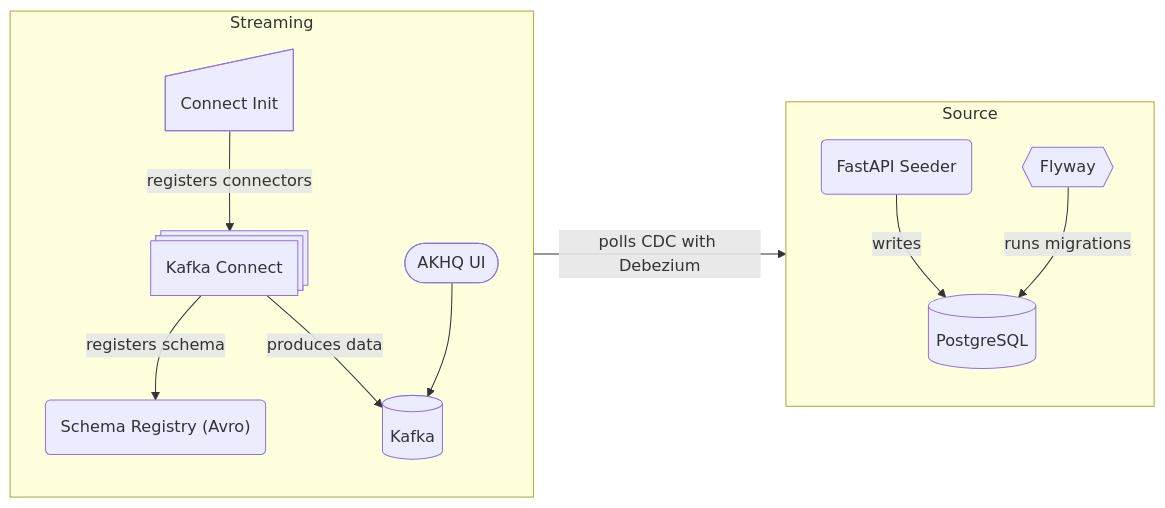
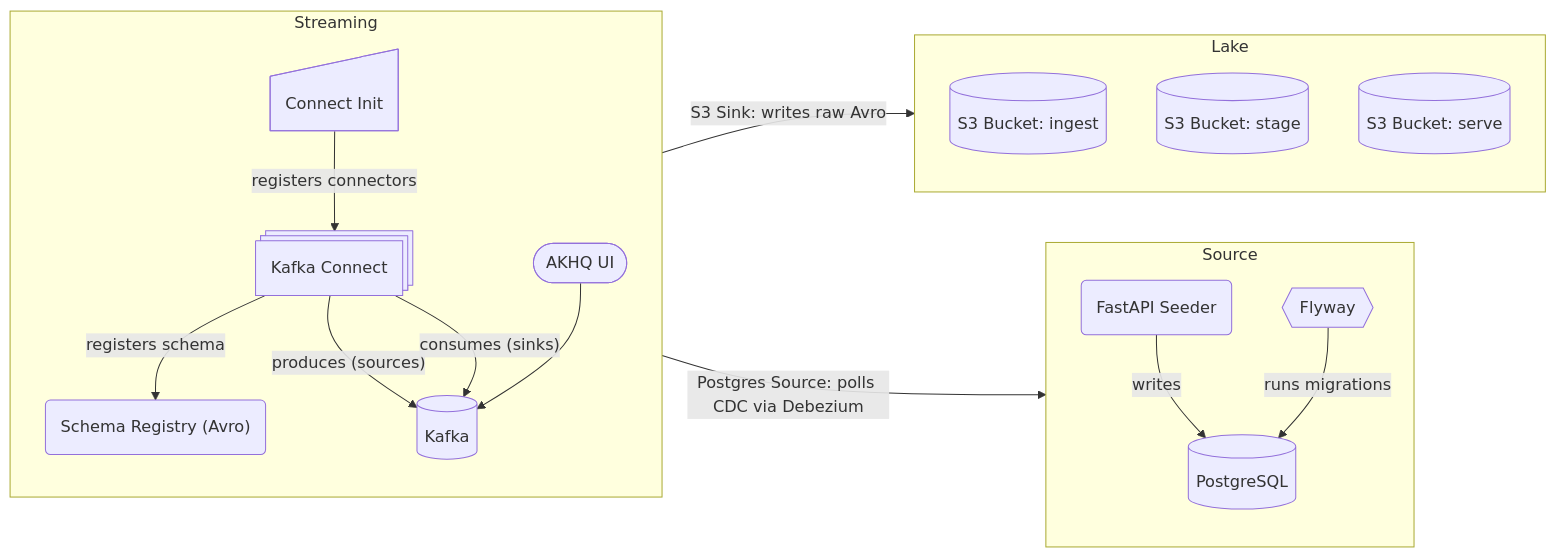
The diagram in README.MD (jxhnx/haus-am-see), drawn with Mermaid before and after one commit. The commit also changed other lines of this file, not shown here.

Commit message:
docs: add minio lake

````diff
--- a/README.MD
+++ b/README.MD
@@ -25,31 +29,41 @@
 ```mermaid
 flowchart LR
     %% Source zone
     subgraph Source
         direction TB
         Seeder@{ shape: rounded, label: "FastAPI Seeder" }
         Flyway@{ shape: hex, label: "Flyway" }
         Postgres@{ shape: cyl, label: "PostgreSQL" }
 
         Seeder -- "writes" --> Postgres
         Flyway -- "runs migrations" --> Postgres
     end
 
     %% Streaming zone
     subgraph Streaming
         direction TB
         Connect@{ shape: procs, label: "Kafka Connect" }
         SchemaRegistry@{ shape: rounded, label: "Schema Registry (Avro)" }
         Kafka@{ shape: cyl, label: "Kafka" }
         AKHQ@{ shape: stadium, label: "AKHQ UI" }
         ConnectInit@{ shape: sl-rect, label: "Connect Init" }
 
         Connect -- "registers schema" --> SchemaRegistry
-        Connect -- "produces data" --> Kafka
+        Connect -- "produces (sources)" --> Kafka
+        Connect -- "consumes (sinks)" --> Kafka
         AKHQ --> Kafka
         ConnectInit -- "registers connectors" --> Connect
     end
 
+    %% Lake zone
+    subgraph Lake
+        direction TB
+        Ingest@{ shape: cylinder, label: "S3 Bucket: ingest" }
+        Stage@{ shape: cylinder, label: "S3 Bucket: stage" }
+        Serve@{ shape: cylinder, label: "S3 Bucket: serve" }
+    end
+
     %% Cross-zone
-    Connect -- "polls CDC with Debezium" --> Postgres
+    Connect -- "Postgres Source: polls CDC via Debezium" --> Postgres
+    Connect -- "S3 Sink: writes raw Avro" --> Ingest
 ```
````
